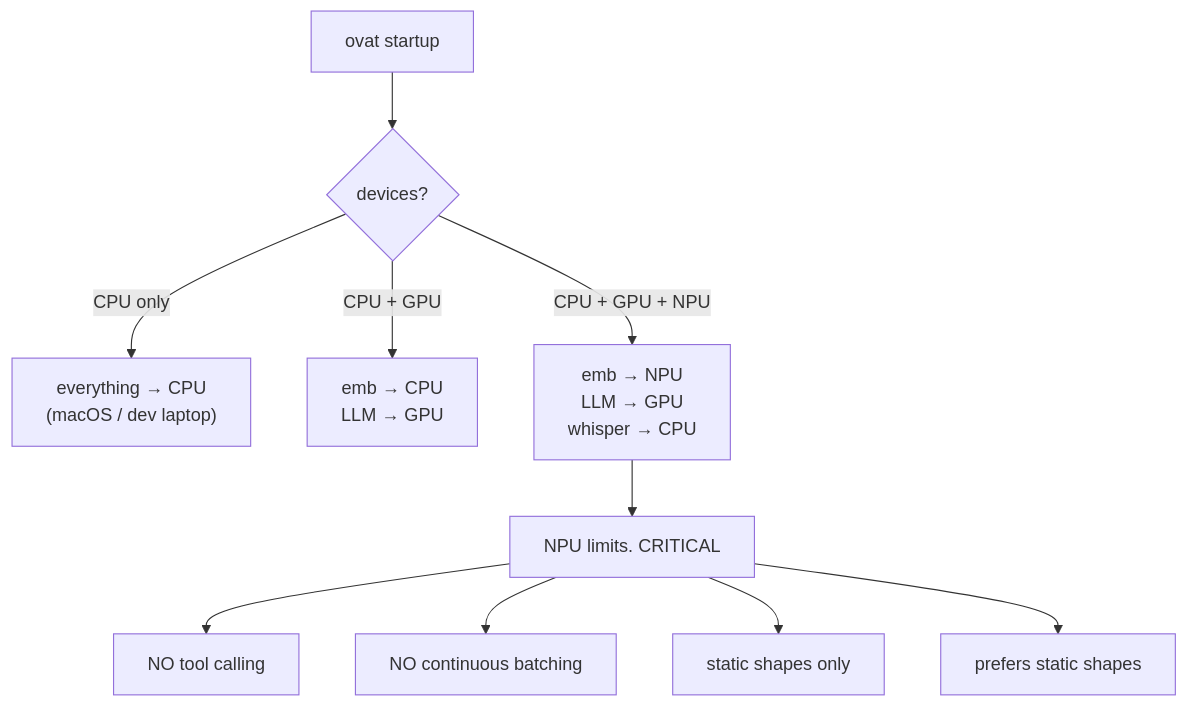
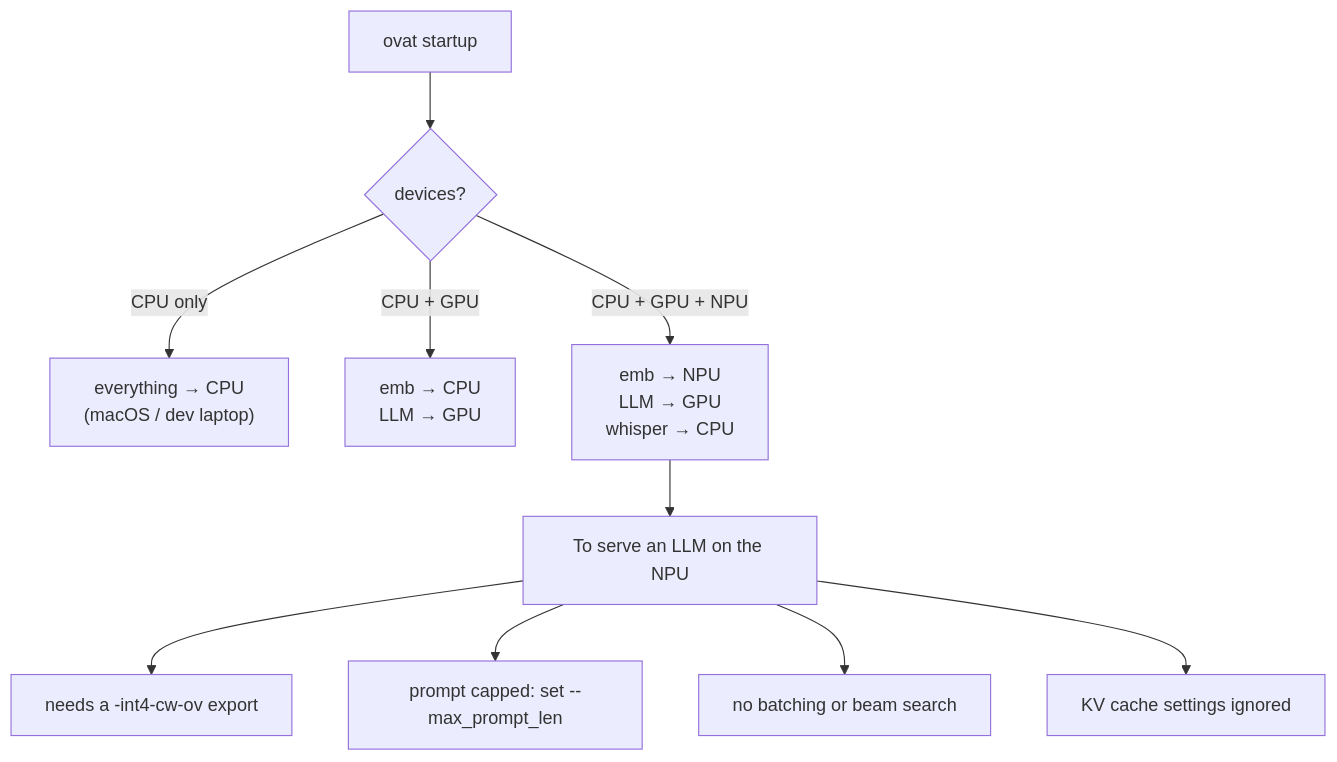
Before and after one commit to Lagmator22/ovat: the eighth of 11 diagrams in docs/ARCHITECTURE.md, drawn with Mermaid. The commit also changed other lines of this file, not shown here.

First line of the commit message:
docs(architecture): correct diagrams that contradict the code

````diff
--- a/docs/ARCHITECTURE.md
+++ b/docs/ARCHITECTURE.md
@@ -579,13 +575,13 @@
 ```mermaid
 flowchart TD
     Start["ovat startup"] --> Detect{"devices?"}
     Detect -->|"CPU only"| CPUOnly["everything → CPU<br/>(macOS / dev laptop)"]
     Detect -->|"CPU + GPU"| NoNPU["emb → CPU<br/>LLM → GPU"]
     Detect -->|"CPU + GPU + NPU"| Full["emb → NPU<br/>LLM → GPU<br/>whisper → CPU"]
 
-    Full --> Limits["NPU limits. CRITICAL"]
-    Limits --> L1["NO tool calling"]
-    Limits --> L2["NO continuous batching"]
-    Limits --> L3["static shapes only"]
-    Limits --> L4["prefers static shapes"]
+    Full --> Limits["To serve an LLM on the NPU"]
+    Limits --> L1["needs a -int4-cw-ov export"]
+    Limits --> L2["prompt capped: set --max_prompt_len"]
+    Limits --> L3["no batching or beam search"]
+    Limits --> L4["KV cache settings ignored"]
 ```
````
